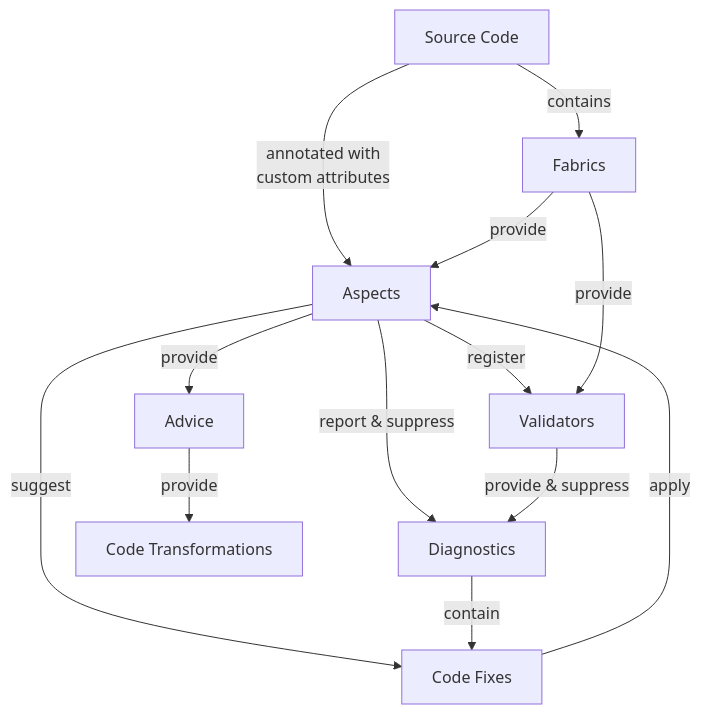
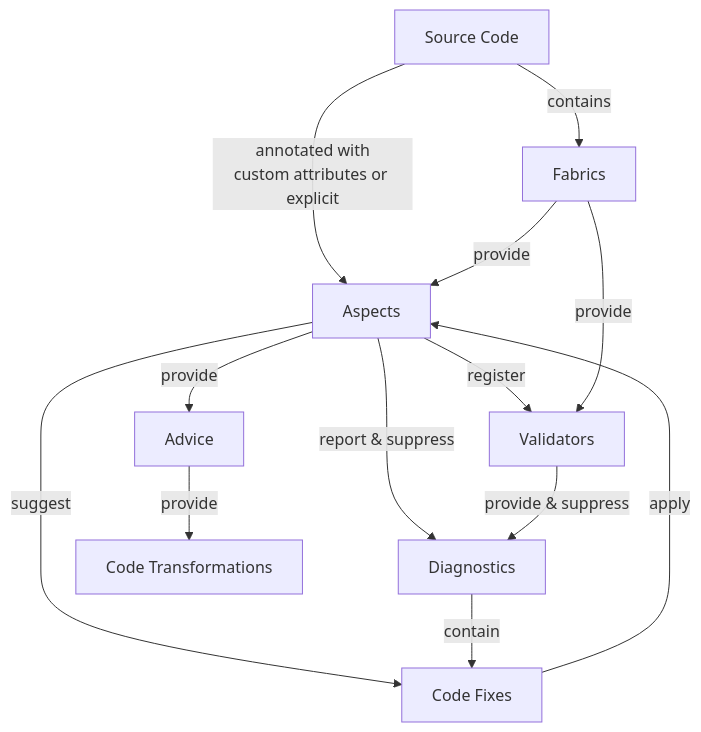
One commit to postsharp/Metalama.Documentation changed the diagram in conceptual/Aspects/architecture/architecture.md. Above: the diagram before and after it, drawn with Mermaid. The commit also changed other lines of this file and 87 other files, not shown here.

````diff
--- a/conceptual/Aspects/architecture/architecture.md
+++ b/conceptual/Aspects/architecture/architecture.md
@@ -7,16 +6,16 @@
 ```mermaid
 flowchart  TB
     Aspects -- report & suppress --> Diagnostics
     Aspects -- register --> Validators
     Aspects -- suggest --> CodeFixes
     Aspects -- provide --> Advice
-    Advice -- provide --> Transformations[Code Transformations]
-    SourceCode[Source Code] -- annotated with<br>custom attributes --> Aspects
+    Advice -- provide --> Transformation[Code Transformations]
+    SourceCode[Source Code] -- annotated with<br>custom attributes or explicit --> Aspects
     SourceCode -- contains --> Fabrics
     Fabrics -- provide --> Aspects
     Fabrics -- provide --> Validators
     Validators -- provide & suppress--> Diagnostics
     Diagnostics -- contain --> CodeFixes
     CodeFixes[Code Fixes] -- apply --> Aspects
-   
+
 ```
````
